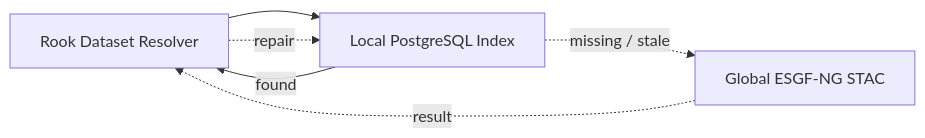
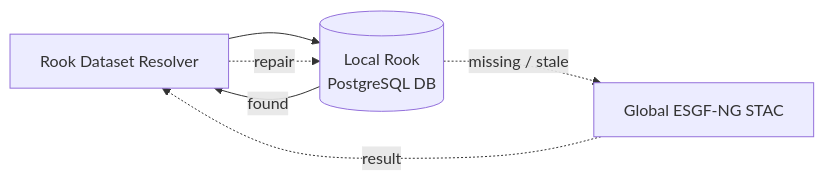
Before and after one commit to roocs/rook: the ninth of 18 diagrams in ARCH_ESGF2.md, drawn with Mermaid. The commit also changed other lines of this file, not shown here.

````diff
--- a/ARCH_ESGF2.md
+++ b/ARCH_ESGF2.md
@@ -306,13 +318,13 @@
 ```mermaid
 flowchart LR
     Rook[Rook Dataset Resolver]
-    DB[Local PostgreSQL Index]
+    DB[(Local Rook<br/>PostgreSQL DB)]
     STAC[Global ESGF-NG STAC]
 
     Rook --> DB
 
     DB -- found --> Rook
     DB -. missing / stale .-> STAC
     STAC -. result .-> Rook
     Rook -. repair .-> DB
 ```
````
